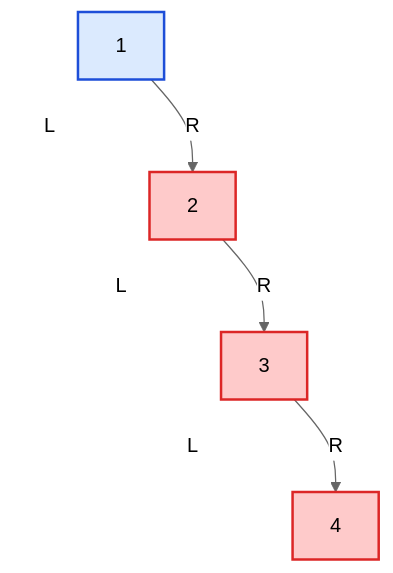
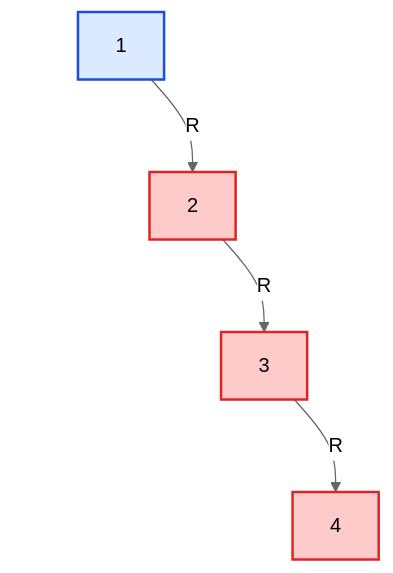
The third of 6 diagrams in knowledge/linux/data_structures/红黑树_rb-tree/P04_为什么_BST_会退化.md (FormingSystem/linux_note), drawn with Mermaid (neutral theme) before and after one commit. The commit also changed other lines of this file and 2 other files, not shown here.

````diff
--- a/knowledge/linux/data_structures/红黑树_rb-tree/P04_为什么_BST_会退化.md
+++ b/knowledge/linux/data_structures/红黑树_rb-tree/P04_为什么_BST_会退化.md
@@ -395,33 +398,33 @@
 ```mermaid
 graph TD
 		A["1"]
 
 		A_L[" "]
 		B["2"]
 
 		B_L[" "]
 		C["3"]
 
 		C_L[" "]
 		D["4"]
 
-	A -->|L| A_L
+	A --> A_L
 	A -->|R| B
-	B -->|L| B_L
+	B --> B_L
 	B -->|R| C
-	C -->|L| C_L
+	C --> C_L
 	C -->|R| D
 
 	classDef root_node fill:#dbeafe,stroke:#1d4ed8,stroke-width:2px,color:#000;
 	classDef bad_node fill:#fecaca,stroke:#dc2626,stroke-width:2px,color:#000;
 	classDef ghost fill:transparent,stroke:transparent,color:transparent;
 
 	class A root_node;
 	class B,C,D bad_node;
 	class A_L,B_L,C_L ghost;
 
 
 	linkStyle 0 stroke:transparent;
 	linkStyle 2 stroke:transparent;
 	linkStyle 4 stroke:transparent;
 ```
````
